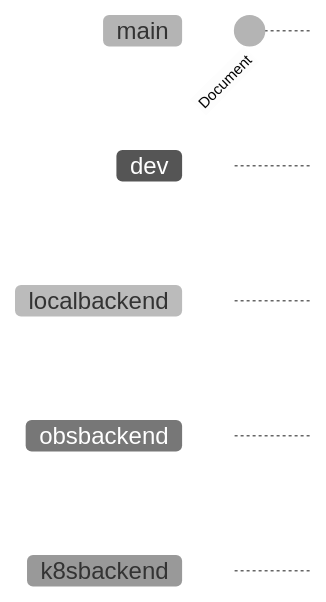
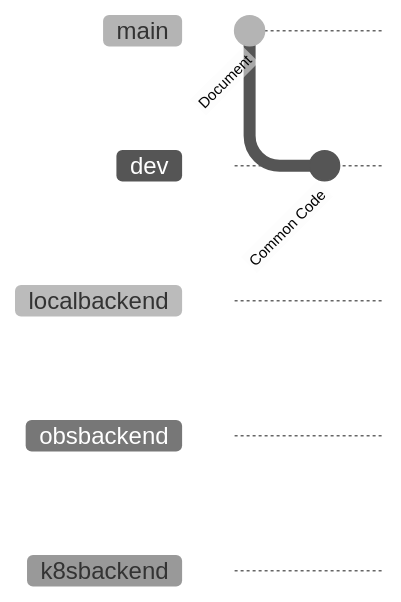
The diagram in README.md (Huawei-APAC-Professional-Services/hfa), drawn with Mermaid (neutral theme) before and after one commit. The commit also changed 1 other file, not shown here.

Commit message:
update git

````diff
--- a/README.md
+++ b/README.md
@@ -9,8 +9,9 @@
 ```mermaid
 gitGraph
     commit id: "Document"
     branch dev
+    commit id: "Common Code"
     branch localbackend
     branch obsbackend
     branch k8sbackend
 ```
````
